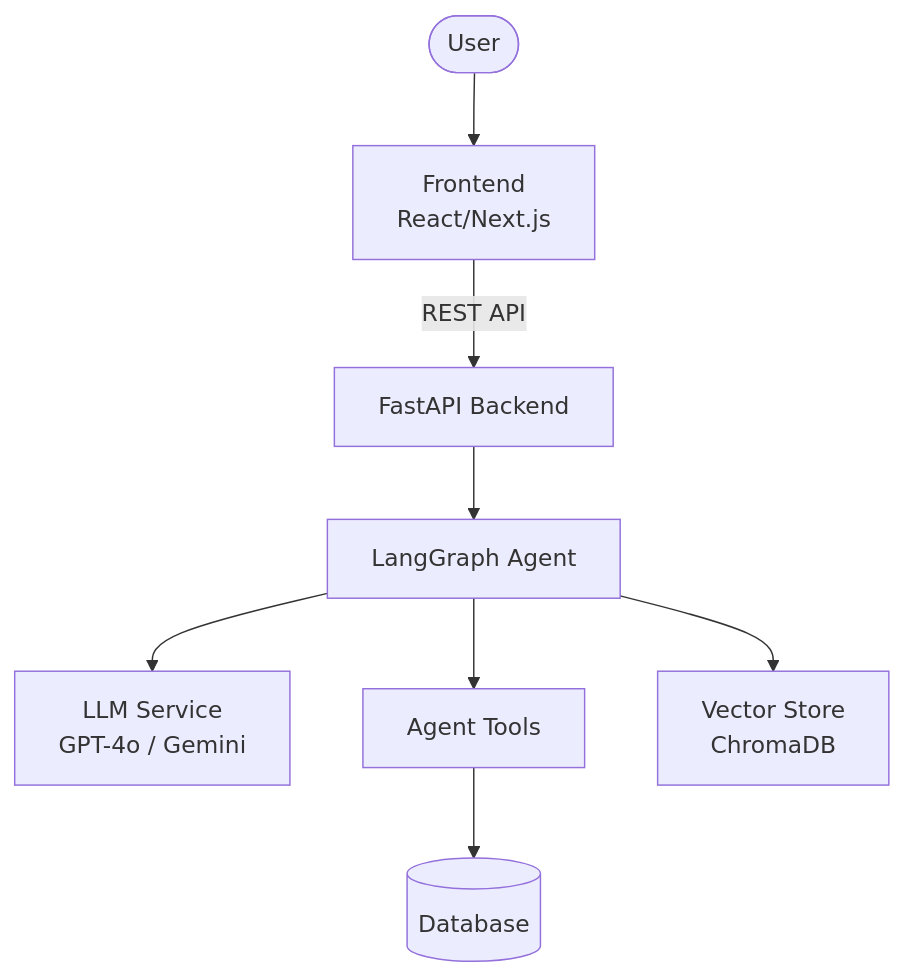
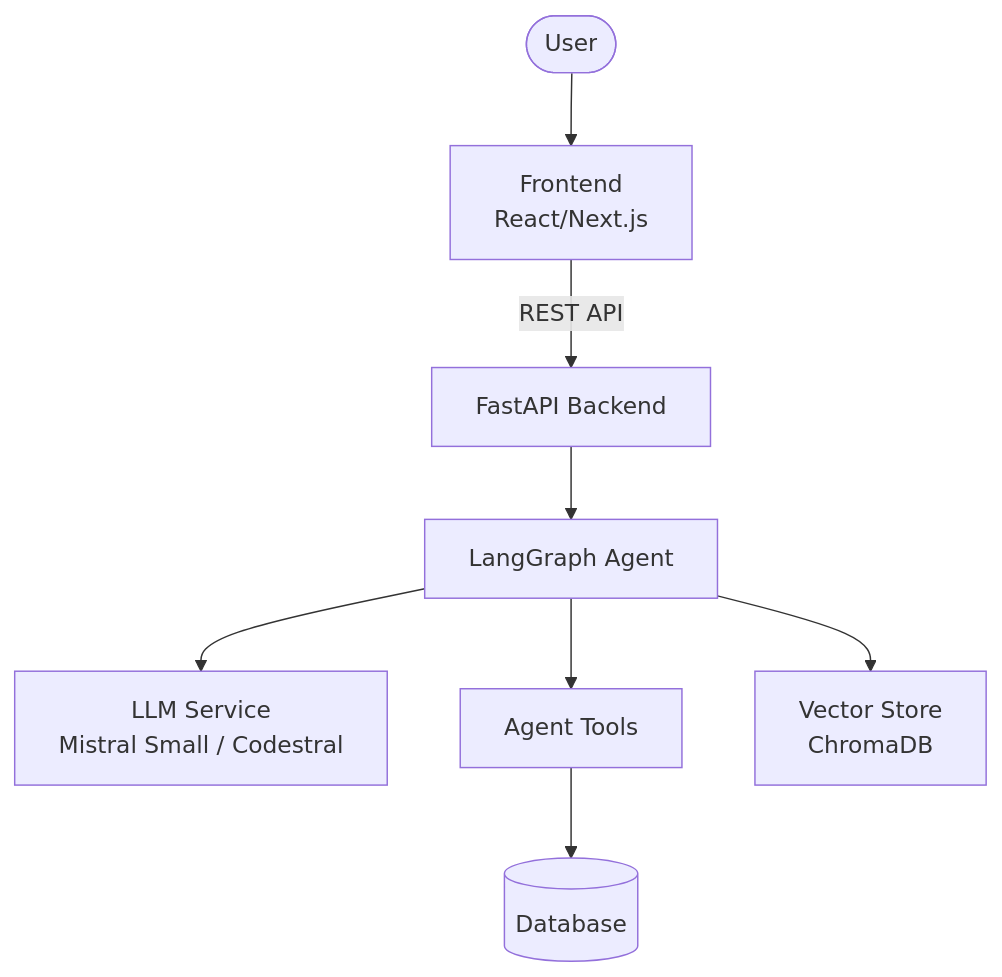
One commit to sampham-AIstudy/omnidesk-ai-it-helpdesk changed the first of 2 diagrams in docs/architecture_diagram.md. Above: the diagram before and after it, drawn with Mermaid. The commit also changed other lines of this file and 172 other files, not shown here.

````diff
--- a/docs/architecture_diagram.md
+++ b/docs/architecture_diagram.md
@@ -5,10 +5,10 @@
 ```mermaid
 graph TB
     User([User]) --> UI[Frontend<br/>React/Next.js]
     UI -->|REST API| API[FastAPI Backend]
     API --> Agent[LangGraph Agent]
-    Agent --> LLM[LLM Service<br/>GPT-4o / Gemini]
+    Agent --> LLM[LLM Service<br/>Mistral Small / Codestral]
     Agent --> Tools[Agent Tools]
     Tools --> DB[(Database)]
     Agent --> VS[Vector Store<br/>ChromaDB]
 ```
````
